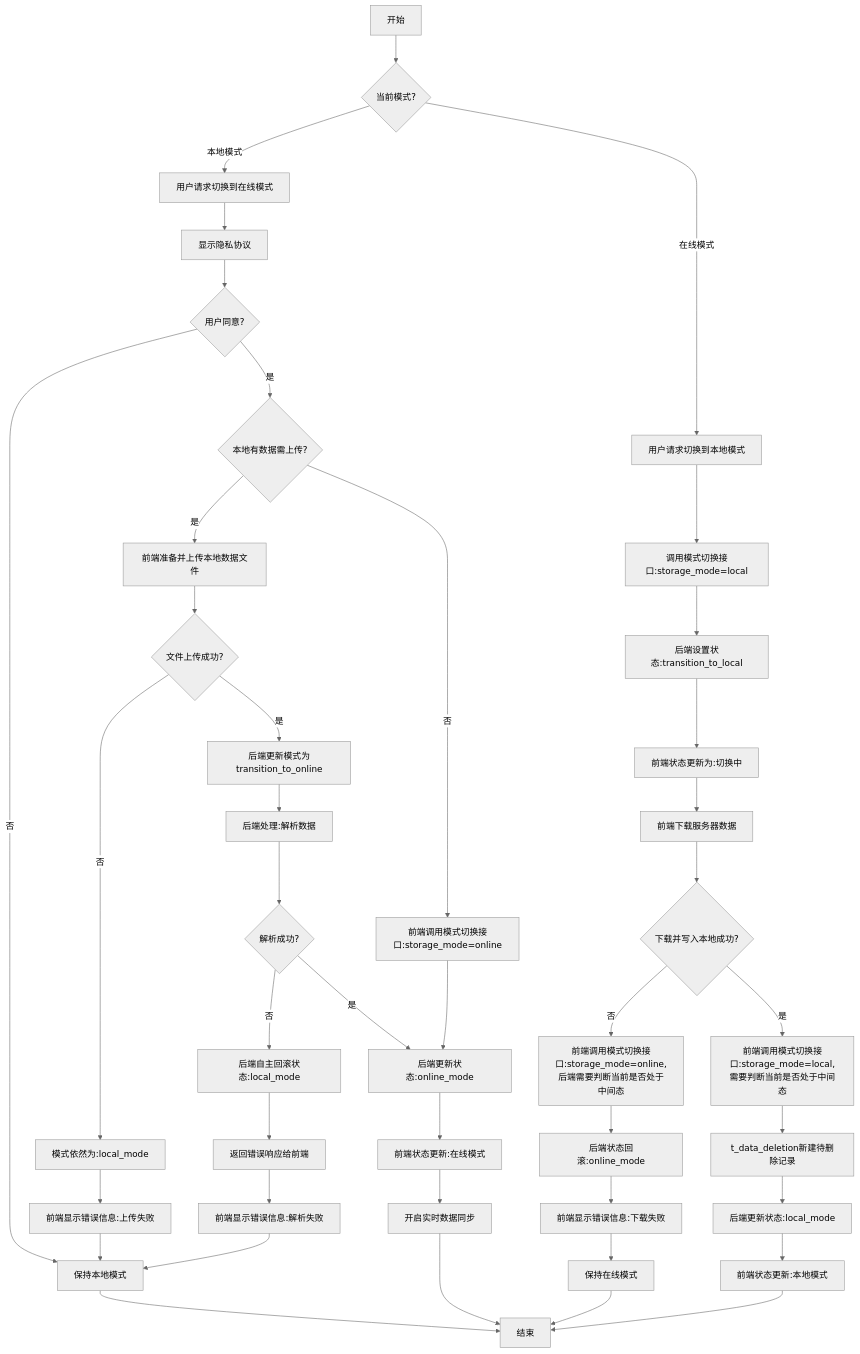
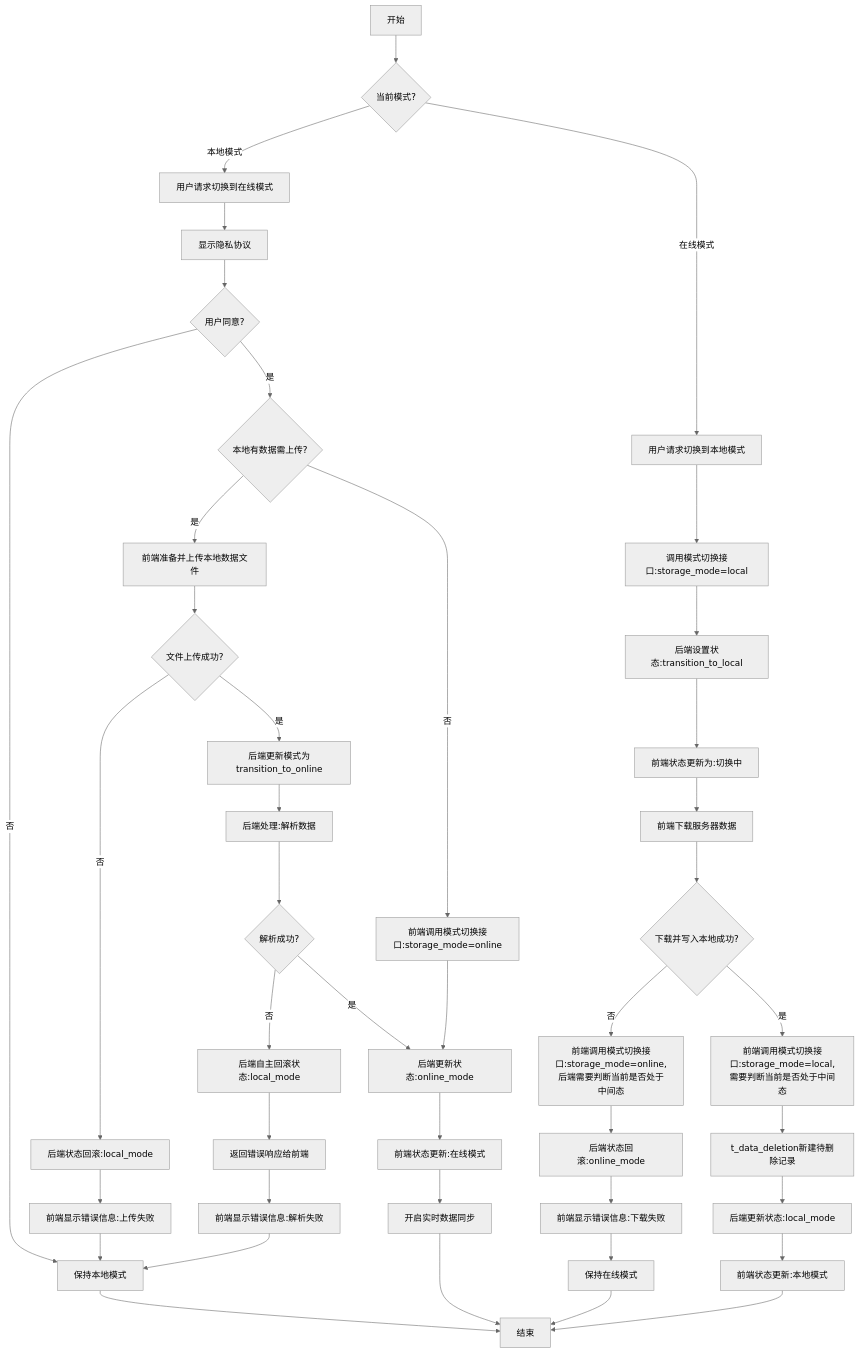
One commit to yingjianzh/iodraw-files changed the diagram in all/未命名-68.md. Above: the diagram before and after it, drawn with Mermaid (neutral theme).

Commit message:
2025-06-04 10:05:21 update

````diff
--- a/all/未命名-68.md
+++ b/all/未命名-68.md
@@ -1,67 +1,67 @@
 ```mermaid
 
 flowchart TD
     A[开始] --> B{当前模式?}
     
     %% 本地模式转在线模式
     B -->|本地模式| C[用户请求切换到在线模式]
     C --> D[显示隐私协议]
     D --> E{用户同意?}
 
 
     E -->|否| F[保持本地模式]
     F --> Z[结束]
     
     E -->|是| J{本地有数据需上传?}
     
     %% 有本地数据需上传的情况
     J -->|是| K[前端准备并上传本地数据文件]
     K --> L{文件上传成功?}
     
     %% 上传失败的情况
-    L -->|否| N[模式依然为:local_mode]
+    L -->|否| N[后端状态回滚:local_mode]
     N --> O[前端显示错误信息:上传失败]
     O --> F
     
     %% 上传成功但解析失败的情况
     L -->|是| G[后端更新模式为transition_to_online]
     G --> P[后端处理:解析数据]
     P --> Q{解析成功?}
     Q -->|否| R[后端自主回滚状态:local_mode]
     R --> S[返回错误响应给前端]
     S --> T[前端显示错误信息:解析失败]
     T --> F
     
     %% 全部成功的情况
     Q -->|是| U[后端更新状态:online_mode]
     J -->|否| V[前端调用模式切换接口:storage_mode=online]
     V --> U
     
     U --> W[前端状态更新:在线模式]
     W --> X[开启实时数据同步]
     X --> Z
     
     %% 在线模式转本地模式
     B -->|在线模式| AA[用户请求切换到本地模式]
     AA --> AB[调用模式切换接口:storage_mode=local]
     AB --> AC[后端设置状态:transition_to_local]
     AC --> AD[前端状态更新为:切换中]
     
     AD --> AE[前端下载服务器数据]
     AE --> AF{下载并写入本地成功?}
     
     %% 下载失败的情况
     AF -->|否| AG[前端调用模式切换接口:storage_mode=online,后端需要判断当前是否处于中间态]
     AG --> AH[后端状态回滚:online_mode]
     AH --> AI[前端显示错误信息:下载失败]
     AI --> AJ[保持在线模式]
     AJ --> Z
     
     %% 下载成功的情况
     AF -->|是| AK[前端调用模式切换接口:storage_mode=local,需要判断当前是否处于中间态]
     AK --> AL[t_data_deletion新建待删除记录]
     AL --> AM[后端更新状态:local_mode]
     AM --> AN[前端状态更新:本地模式]
     AN --> Z
 
 ```
````
